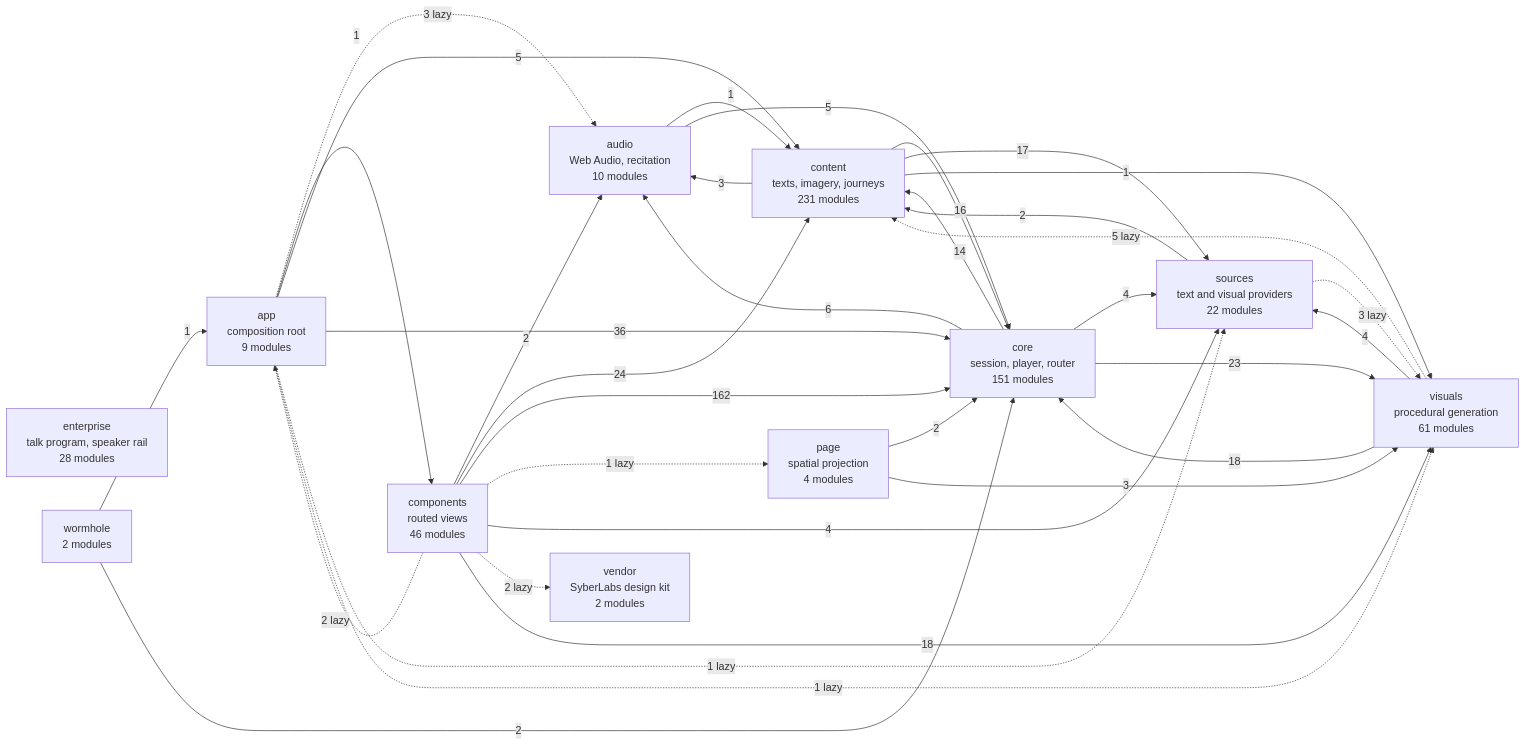
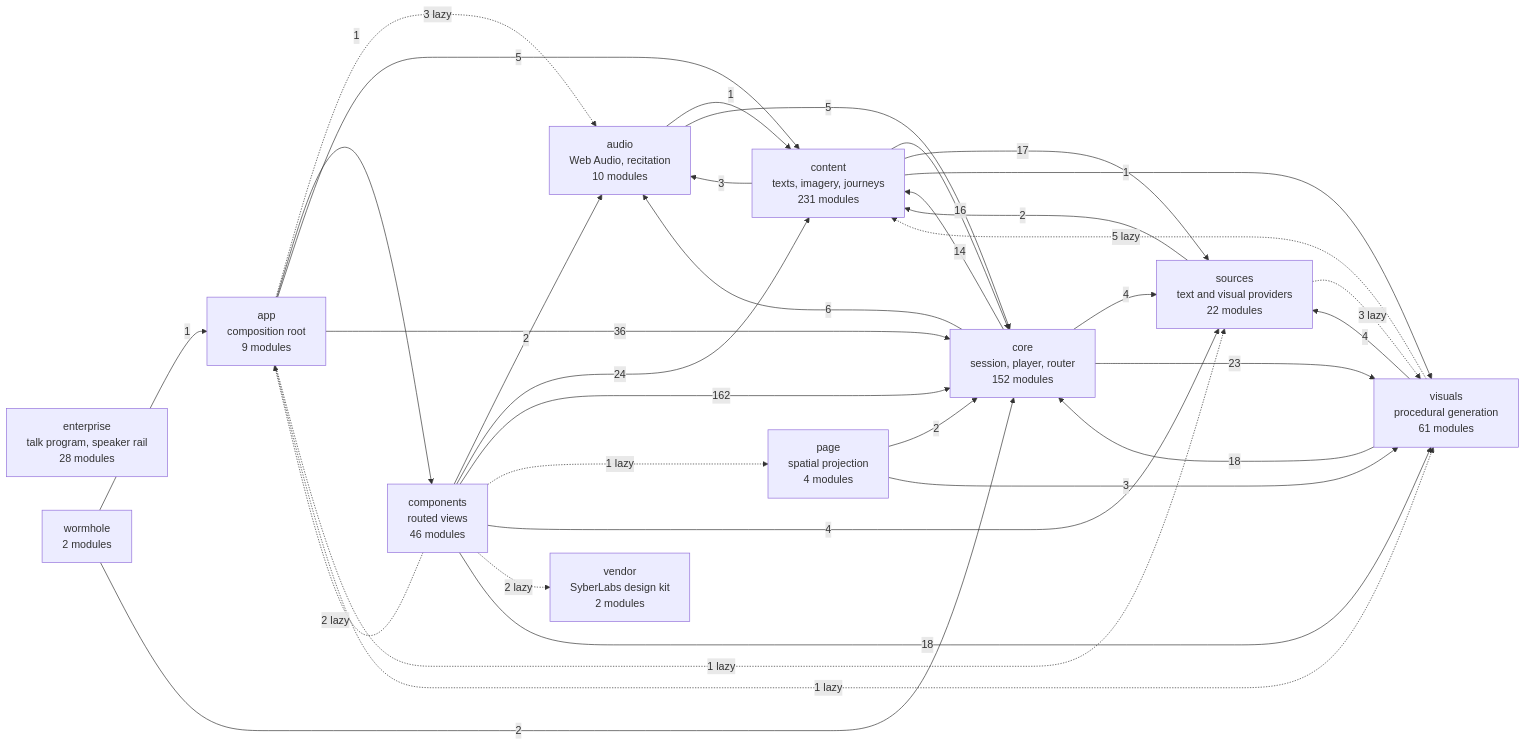
The diagram in docs/specs/ARCHITECTURE.md (SyberLabs/RISE), drawn with Mermaid before and after one commit.

Commit message:
The diagram counts the colour-theme names module

````diff
--- a/docs/specs/ARCHITECTURE.md
+++ b/docs/specs/ARCHITECTURE.md
@@ -160,48 +160,48 @@
 ```mermaid
 flowchart LR
     app["app<br/>composition root<br/>9 modules"]
     audio["audio<br/>Web Audio, recitation<br/>10 modules"]
     components["components<br/>routed views<br/>46 modules"]
     content["content<br/>texts, imagery, journeys<br/>231 modules"]
-    core["core<br/>session, player, router<br/>151 modules"]
+    core["core<br/>session, player, router<br/>152 modules"]
     enterprise["enterprise<br/>talk program, speaker rail<br/>28 modules"]
     page["page<br/>spatial projection<br/>4 modules"]
     sources["sources<br/>text and visual providers<br/>22 modules"]
     vendor["vendor<br/>SyberLabs design kit<br/>2 modules"]
     visuals["visuals<br/>procedural generation<br/>61 modules"]
     wormhole["wormhole<br/>2 modules"]
 
     app -.-> |3 lazy| audio
     app --> |1| components
     app --> |5| content
     app --> |36| core
     app -.-> |1 lazy| sources
     app -.-> |1 lazy| visuals
     audio --> |1| content
     audio --> |5| core
     components -.-> |2 lazy| app
     components --> |2| audio
     components --> |24| content
     components --> |162| core
     components -.-> |1 lazy| page
     components --> |4| sources
     components -.-> |2 lazy| vendor
     components --> |18| visuals
     content --> |3| audio
     content --> |16| core
     content --> |17| sources
     content --> |1| visuals
     core --> |6| audio
     core --> |14| content
     core --> |4| sources
     core --> |23| visuals
     page --> |2| core
     page --> |3| visuals
     sources --> |2| content
     sources -.-> |3 lazy| visuals
     visuals -.-> |5 lazy| content
     visuals --> |18| core
     visuals --> |4| sources
     wormhole --> |1| app
     wormhole --> |2| core
 ```
````
